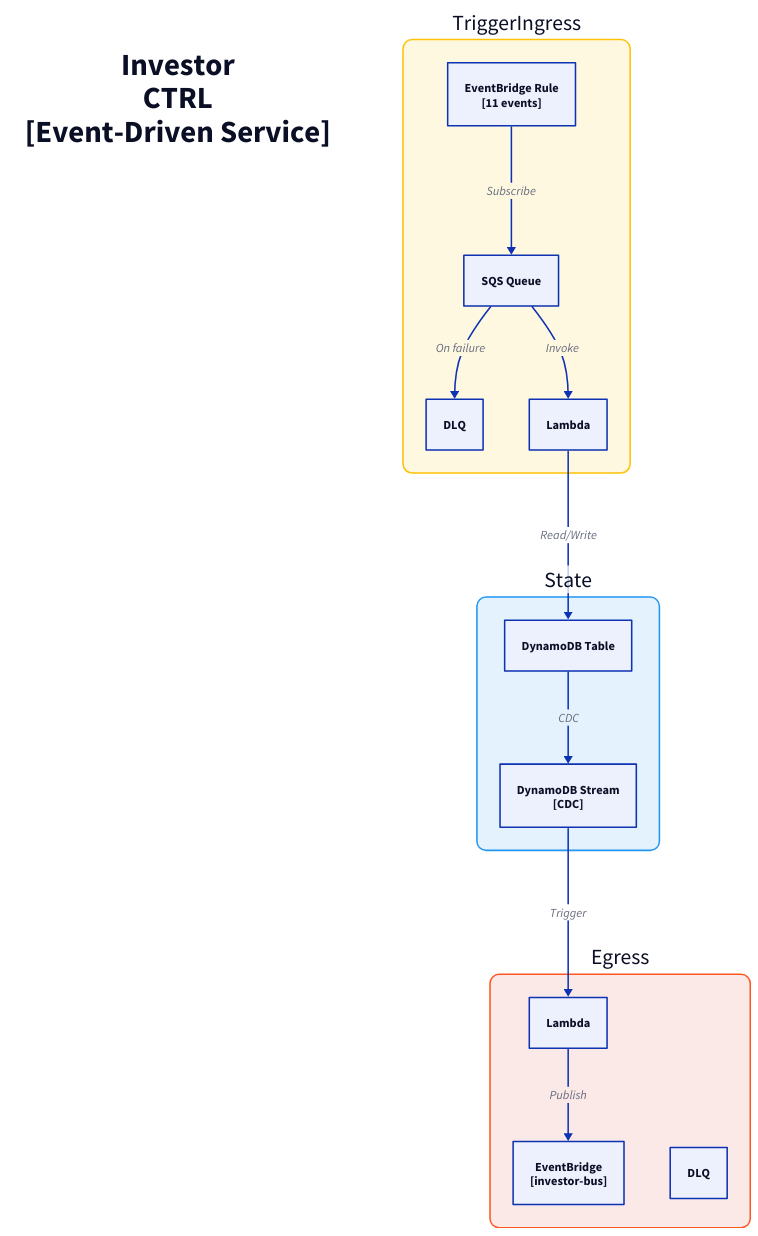
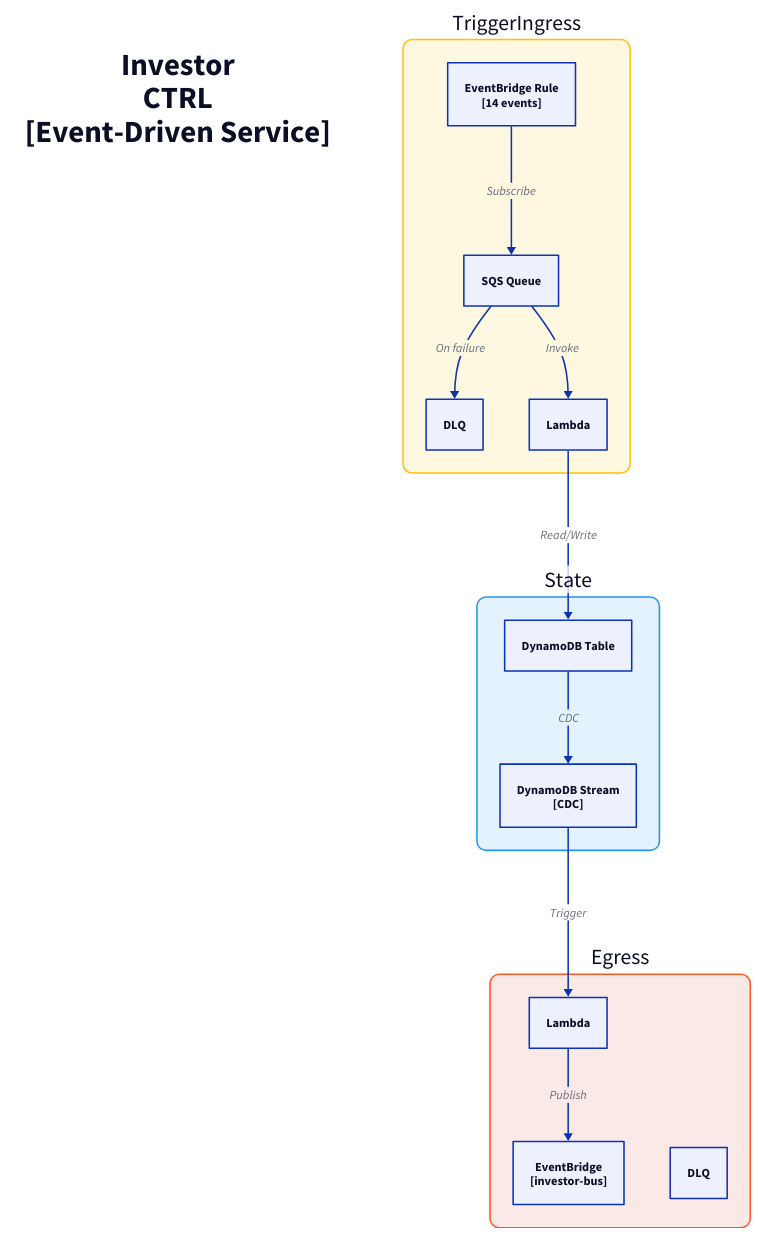
The diagram in docs/architecture/c3/investor-ctrl.d2 (fabio-vitali/nestfolio), drawn with D2 before and after one commit. The commit also changed 17 other files, not shown here.

First line of the commit message:
docs(c4): regenerate diagrams after advisory agent tool refactor

```diff
--- a/docs/architecture/c3/investor-ctrl.d2
+++ b/docs/architecture/c3/investor-ctrl.d2
@@ -1,37 +1,37 @@
 direction: down
 
 title: "Investor\nCTRL\n[Event-Driven Service]" {
   style: { font-size: 40; bold: true; fill: transparent; stroke: transparent }
 }
 
 ingress: "TriggerIngress" {
   style: { fill: "#FFF8E1"; stroke: "#FFC107"; border-radius: 12; font-size: 28 }
-  rule: "EventBridge Rule\n[11 events]" { class: aws-eventbridge }
+  rule: "EventBridge Rule\n[14 events]" { class: aws-eventbridge }
   sqs: "SQS Queue" { class: aws-sqs }
   dlq: "DLQ" { class: aws-dlq }
   handler: "Lambda" { class: aws-lambda }
 
   rule -> sqs: Subscribe
   sqs -> handler: Invoke
   sqs -> dlq: On failure
 }
 
 state: "State" {
   style: { fill: "#E3F2FD"; stroke: "#2196F3"; border-radius: 12; font-size: 28 }
   table: "DynamoDB Table" { class: aws-dynamodb }
   stream: "DynamoDB Stream\n[CDC]" { class: aws-ddb-stream }
   table -> stream: CDC
 }
 
 egress: "Egress" {
   style: { fill: "#FBE9E7"; stroke: "#FF5722"; border-radius: 12; font-size: 28 }
   processor: "Lambda" { class: aws-lambda }
   bus: "EventBridge\n[investor-bus]" { class: aws-eventbridge }
   dlq: "DLQ" { class: aws-dlq }
 
   processor -> bus: Publish
 }
 
 # Flows
 ingress.handler -> state.table: Read/Write
 state.stream -> egress.processor: Trigger
```
